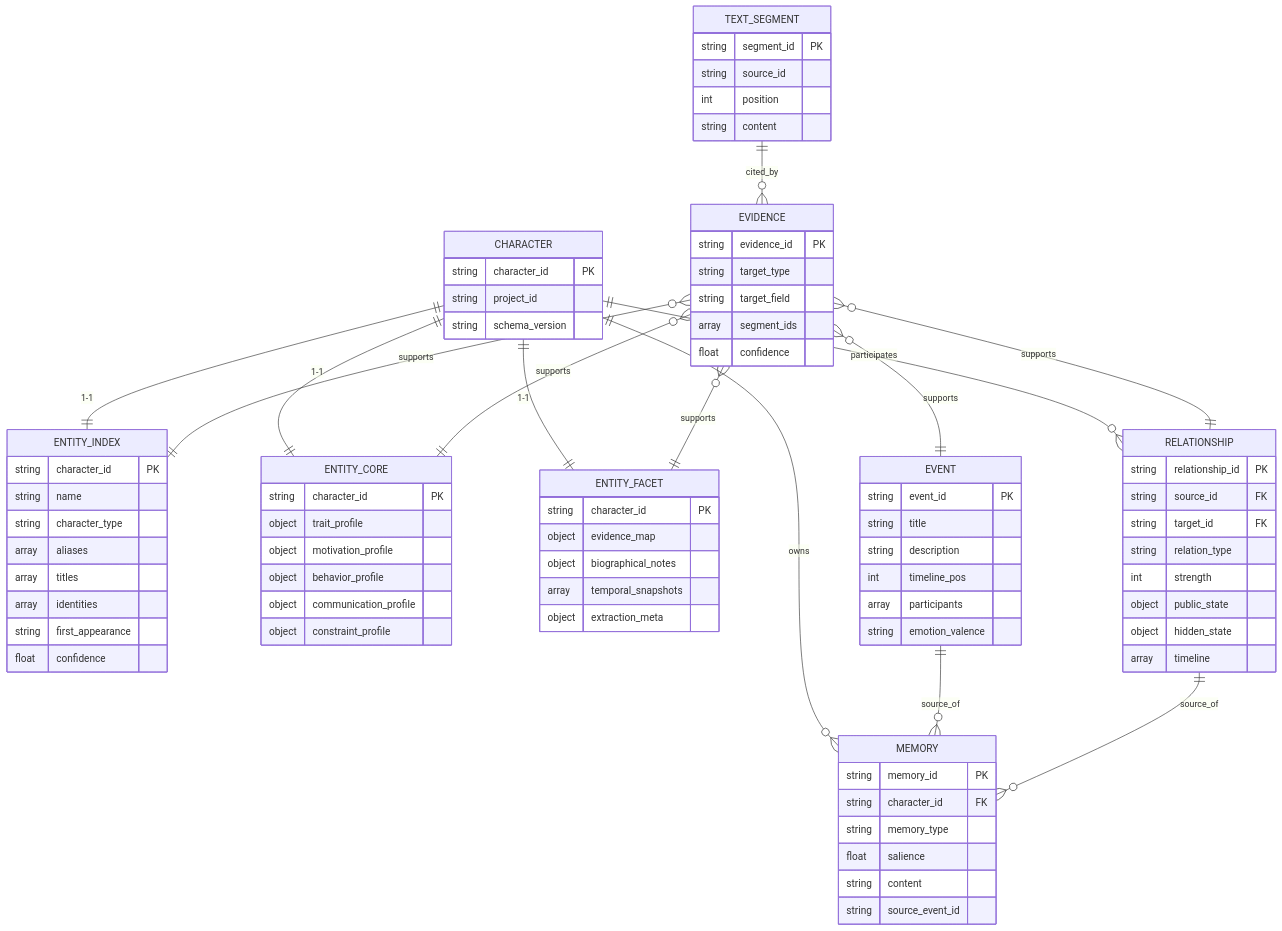
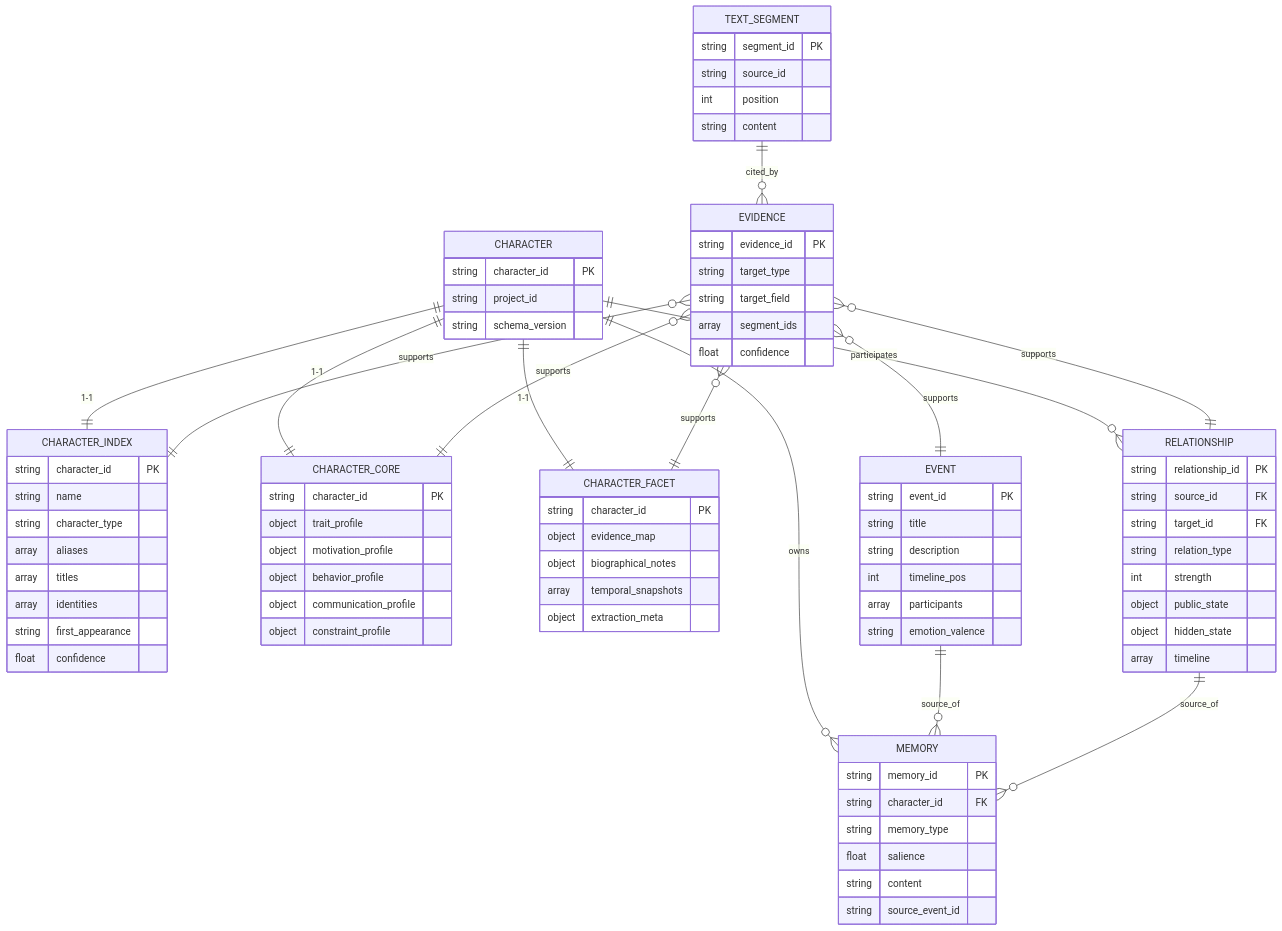
The third of 5 diagrams in docs/CAMO_SPEC.md (bubugamer/CAMO), drawn with Mermaid before and after one commit. The commit also changed other lines of this file and 82 other files, not shown here.

````diff
--- a/docs/CAMO_SPEC.md
+++ b/docs/CAMO_SPEC.md
@@ -520,16 +522,16 @@
 ```mermaid
 erDiagram
-    CHARACTER ||--|| ENTITY_INDEX : "1-1"
-    CHARACTER ||--|| ENTITY_CORE : "1-1"
-    CHARACTER ||--|| ENTITY_FACET : "1-1"
+    CHARACTER ||--|| CHARACTER_INDEX : "1-1"
+    CHARACTER ||--|| CHARACTER_CORE : "1-1"
+    CHARACTER ||--|| CHARACTER_FACET : "1-1"
     CHARACTER ||--o{ RELATIONSHIP : "participates"
     CHARACTER ||--o{ MEMORY : "owns"
     EVENT ||--o{ MEMORY : "source_of"
     RELATIONSHIP ||--o{ MEMORY : "source_of"
     TEXT_SEGMENT ||--o{ EVIDENCE : "cited_by"
-    EVIDENCE }o--|| ENTITY_INDEX : "supports"
-    EVIDENCE }o--|| ENTITY_CORE : "supports"
-    EVIDENCE }o--|| ENTITY_FACET : "supports"
+    EVIDENCE }o--|| CHARACTER_INDEX : "supports"
+    EVIDENCE }o--|| CHARACTER_CORE : "supports"
+    EVIDENCE }o--|| CHARACTER_FACET : "supports"
     EVIDENCE }o--|| RELATIONSHIP : "supports"
     EVIDENCE }o--|| EVENT : "supports"
 
@@ -538,7 +540,7 @@
         string project_id
         string schema_version
     }
-    ENTITY_INDEX {
+    CHARACTER_INDEX {
         string character_id PK
         string name
         string character_type
@@ -548,7 +550,7 @@
         string first_appearance
         float confidence
     }
-    ENTITY_CORE {
+    CHARACTER_CORE {
         string character_id PK
         object trait_profile
         object motivation_profile
@@ -556,7 +558,7 @@
         object communication_profile
         object constraint_profile
     }
-    ENTITY_FACET {
+    CHARACTER_FACET {
         string character_id PK
         object evidence_map
         object biographical_notes
````
